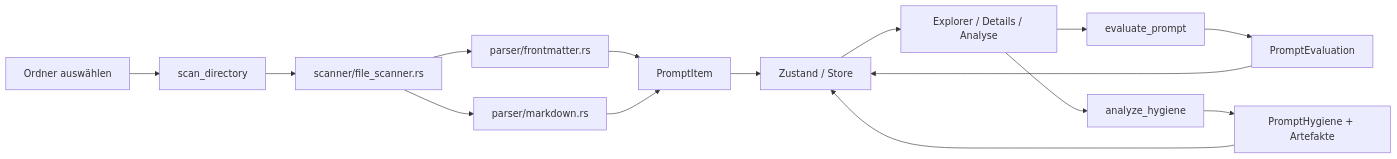
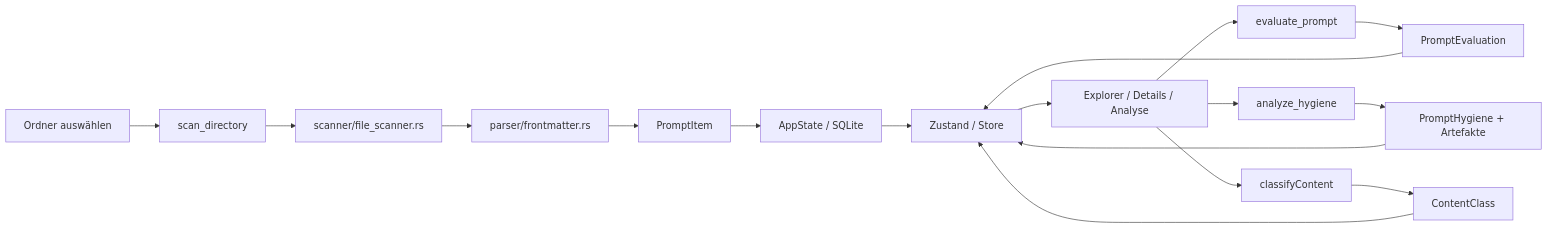
Before and after one commit to xxammaxx/promptvault-lite: the diagram in docs/ARCHITECTURE.md, drawn with Mermaid. The commit also changed other lines of this file and 9 other files, not shown here.

````diff
--- a/docs/ARCHITECTURE.md
+++ b/docs/ARCHITECTURE.md
@@ -35,17 +39,19 @@
 ```mermaid
 flowchart LR
   A[Ordner auswählen] --> B[scan_directory]
   B --> C[scanner/file_scanner.rs]
   C --> D[parser/frontmatter.rs]
-  C --> E[parser/markdown.rs]
-  D --> F[PromptItem]
-  E --> F
+  D --> E[PromptItem]
+  E --> F[AppState / SQLite]
   F --> G[Zustand / Store]
   G --> H[Explorer / Details / Analyse]
   H --> I[evaluate_prompt]
   H --> J[analyze_hygiene]
-  I --> K[PromptEvaluation]
-  J --> L[PromptHygiene + Artefakte]
-  K --> G
+  H --> K[classifyContent]
+  I --> L[PromptEvaluation]
+  J --> M[PromptHygiene + Artefakte]
+  K --> N[ContentClass]
   L --> G
+  M --> G
+  N --> G
 ```
````
